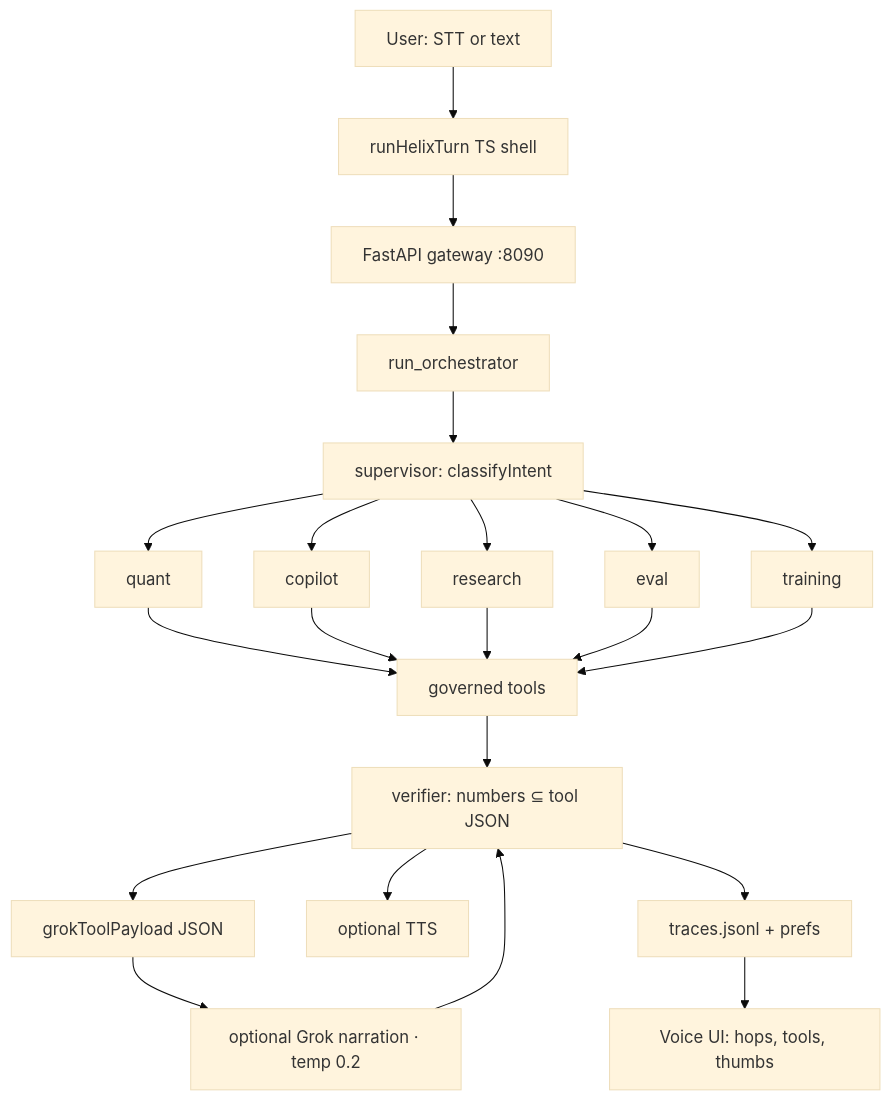
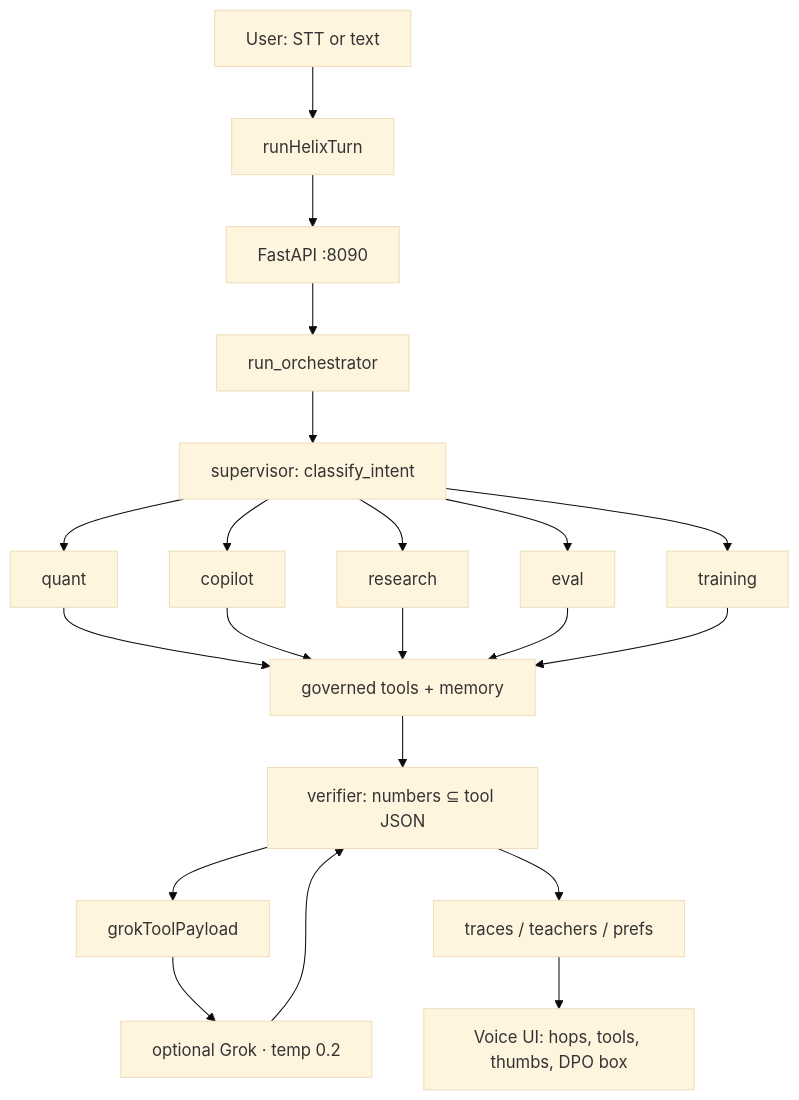
The first of 2 diagrams in README.md (OlegUnreal/voice-agent-orchestration), drawn with Mermaid (base theme) before and after one commit. The commit also changed other lines of this file, not shown here.

````diff
--- a/README.md
+++ b/README.md
@@ -102,24 +63,23 @@
 ```mermaid
 flowchart TD
-  U["User: STT or text"] --> SF["runHelixTurn TS shell"]
-  SF --> GW["FastAPI gateway :8090"]
+  U["User: STT or text"] --> SF["runHelixTurn"]
+  SF --> GW["FastAPI :8090"]
   GW --> ORC["run_orchestrator"]
-  ORC --> SUP["supervisor: classifyIntent"]
+  ORC --> SUP["supervisor: classify_intent"]
   SUP --> Q["quant"]
   SUP --> C["copilot"]
   SUP --> R["research"]
   SUP --> E["eval"]
   SUP --> T["training"]
-  Q --> TOOLS["governed tools"]
+  Q --> TOOLS["governed tools + memory"]
   C --> TOOLS
   R --> TOOLS
   E --> TOOLS
   T --> TOOLS
   TOOLS --> VER["verifier: numbers ⊆ tool JSON"]
-  VER --> PAY["grokToolPayload JSON"]
-  PAY --> GROK["optional Grok narration · temp 0.2"]
+  VER --> PAY["grokToolPayload"]
+  PAY --> GROK["optional Grok · temp 0.2"]
   GROK --> VER
-  VER --> TTS["optional TTS"]
-  VER --> LEDGER["traces.jsonl + prefs"]
-  LEDGER --> UI["Voice UI: hops, tools, thumbs"]
+  VER --> LEDGER["traces / teachers / prefs"]
+  LEDGER --> UI["Voice UI: hops, tools, thumbs, DPO box"]
 ```
````
